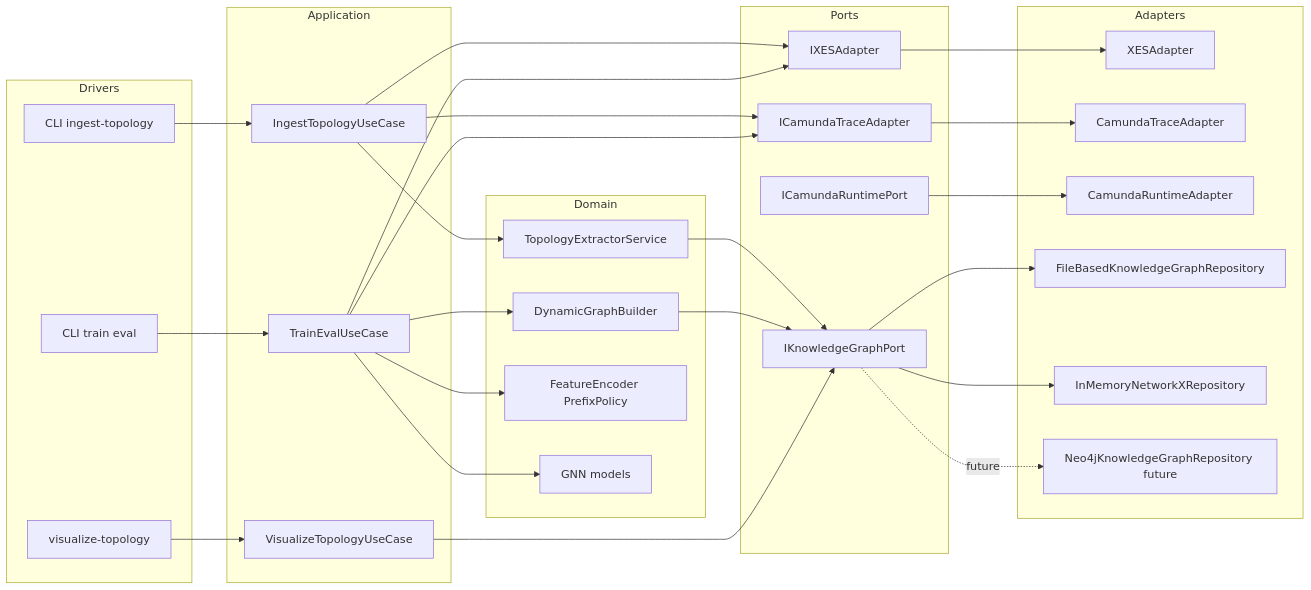
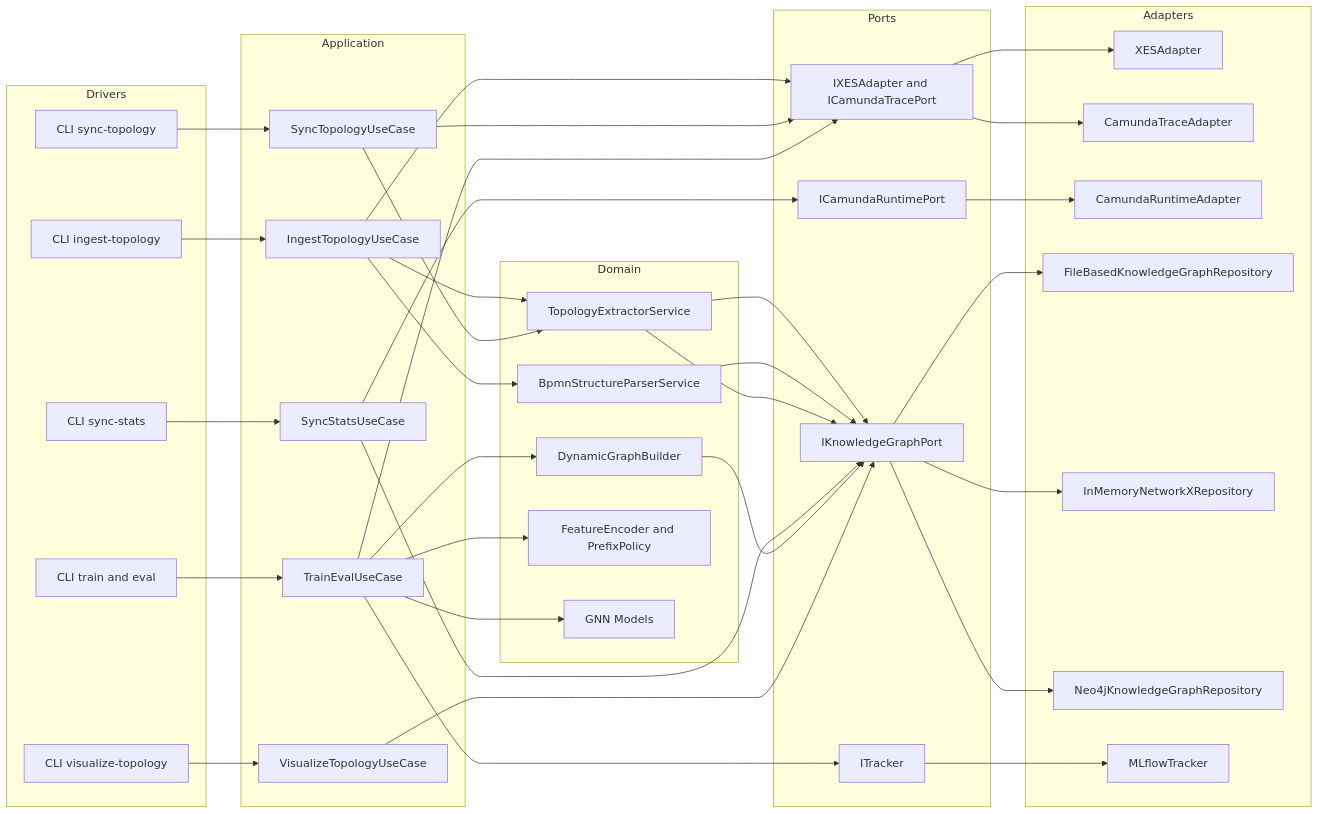
One commit to ghsrg/bpm_prediction changed the diagram in docs/ARCHITECTURE_MVP2_5.MD. Above: the diagram before and after it, drawn with Mermaid. The commit also changed other lines of this file and 21 other files, not shown here.

Commit message:
MVP2.5 structure + statistics for XES  in neo4j

````diff
--- a/docs/ARCHITECTURE_MVP2_5.MD
+++ b/docs/ARCHITECTURE_MVP2_5.MD
@@ -23,62 +23,79 @@
 ```mermaid
 flowchart LR
     subgraph Drivers
-        CLI1[CLI ingest-topology]
-        CLI2[CLI train eval]
-        Tool1[visualize-topology]
+        CLI_INGEST[CLI ingest-topology]
+        CLI_SYNC[CLI sync-topology]
+        CLI_STATS[CLI sync-stats]
+        CLI_TRAIN[CLI train and eval]
+        TOOL_VIS[CLI visualize-topology]
     end
 
     subgraph Application
-        UC1[IngestTopologyUseCase]
-        UC2[TrainEvalUseCase]
-        UC3[VisualizeTopologyUseCase]
+        UC_INGEST[IngestTopologyUseCase]
+        UC_SYNC[SyncTopologyUseCase]
+        UC_STATS[SyncStatsUseCase]
+        UC_TRAIN[TrainEvalUseCase]
+        UC_VIS[VisualizeTopologyUseCase]
     end
 
     subgraph Ports
-        P1[IKnowledgeGraphPort]
-        P2[IXESAdapter]
-        P3[ICamundaTraceAdapter]
-        P4[ICamundaRuntimePort]
+        PORT_TRACE[IXESAdapter and ICamundaTracePort]
+        PORT_RUNTIME[ICamundaRuntimePort]
+        PORT_KG[IKnowledgeGraphPort]
+        PORT_TRACK[ITracker]
+    end
+
+    subgraph Domain
+        SVC_EXTRACT[TopologyExtractorService]
+        SVC_PARSER[BpmnStructureParserService]
+        SVC_BUILDER[DynamicGraphBuilder]
+        SVC_ENCODER[FeatureEncoder and PrefixPolicy]
+        SVC_MODEL[GNN Models]
     end
 
     subgraph Adapters
-        A1[XESAdapter]
-        A2[CamundaTraceAdapter]
-        A3[CamundaRuntimeAdapter]
-        A4[FileBasedKnowledgeGraphRepository]
-        A5[InMemoryNetworkXRepository]
-        A6[Neo4jKnowledgeGraphRepository future]
+        AD_XES[XESAdapter]
+        AD_CAM_TRACE[CamundaTraceAdapter]
+        AD_CAM_RT[CamundaRuntimeAdapter]
+        AD_REPO_FILE[FileBasedKnowledgeGraphRepository]
+        AD_REPO_MEM[InMemoryNetworkXRepository]
+        AD_REPO_NEO[Neo4jKnowledgeGraphRepository]
+        AD_TRACK[MLflowTracker]
     end
 
-    subgraph Domain
-        D1[TopologyExtractorService]
-        D2[DynamicGraphBuilder]
-        D3[FeatureEncoder PrefixPolicy]
-        D4[GNN models]
-    end
+    CLI_INGEST --> UC_INGEST
+    CLI_SYNC --> UC_SYNC
+    CLI_STATS --> UC_STATS
+    CLI_TRAIN --> UC_TRAIN
+    TOOL_VIS --> UC_VIS
 
-    CLI1 --> UC1
-    CLI2 --> UC2
-    Tool1 --> UC3
+    UC_INGEST --> PORT_TRACE
+    UC_INGEST --> SVC_EXTRACT
+    UC_INGEST --> SVC_PARSER
+    SVC_EXTRACT --> PORT_KG
+    SVC_PARSER --> PORT_KG
 
-    UC1 --> P2
-    UC1 --> P3
-    UC1 --> D1
-    D1 --> P1
+    UC_SYNC --> PORT_TRACE
+    UC_SYNC --> SVC_EXTRACT
+    SVC_EXTRACT --> PORT_KG
 
-    UC2 --> P2
-    UC2 --> P3
-    UC2 --> D3
-    UC2 --> D2
-    D2 --> P1
-    UC2 --> D4
+    UC_STATS --> PORT_RUNTIME
+    UC_STATS --> PORT_KG
 
-    UC3 --> P1
+    UC_TRAIN --> PORT_TRACE
+    UC_TRAIN --> SVC_ENCODER
+    UC_TRAIN --> SVC_BUILDER
+    SVC_BUILDER --> PORT_KG
+    UC_TRAIN --> SVC_MODEL
+    UC_TRAIN --> PORT_TRACK
 
-    P2 --> A1
-    P3 --> A2
-    P4 --> A3
-    P1 --> A4
-    P1 --> A5
-    P1 -. future .-> A6
+    UC_VIS --> PORT_KG
+
+    PORT_TRACE --> AD_XES
+    PORT_TRACE --> AD_CAM_TRACE
+    PORT_RUNTIME --> AD_CAM_RT
+    PORT_KG --> AD_REPO_FILE
+    PORT_KG --> AD_REPO_MEM
+    PORT_KG --> AD_REPO_NEO
+    PORT_TRACK --> AD_TRACK
 ```
````
